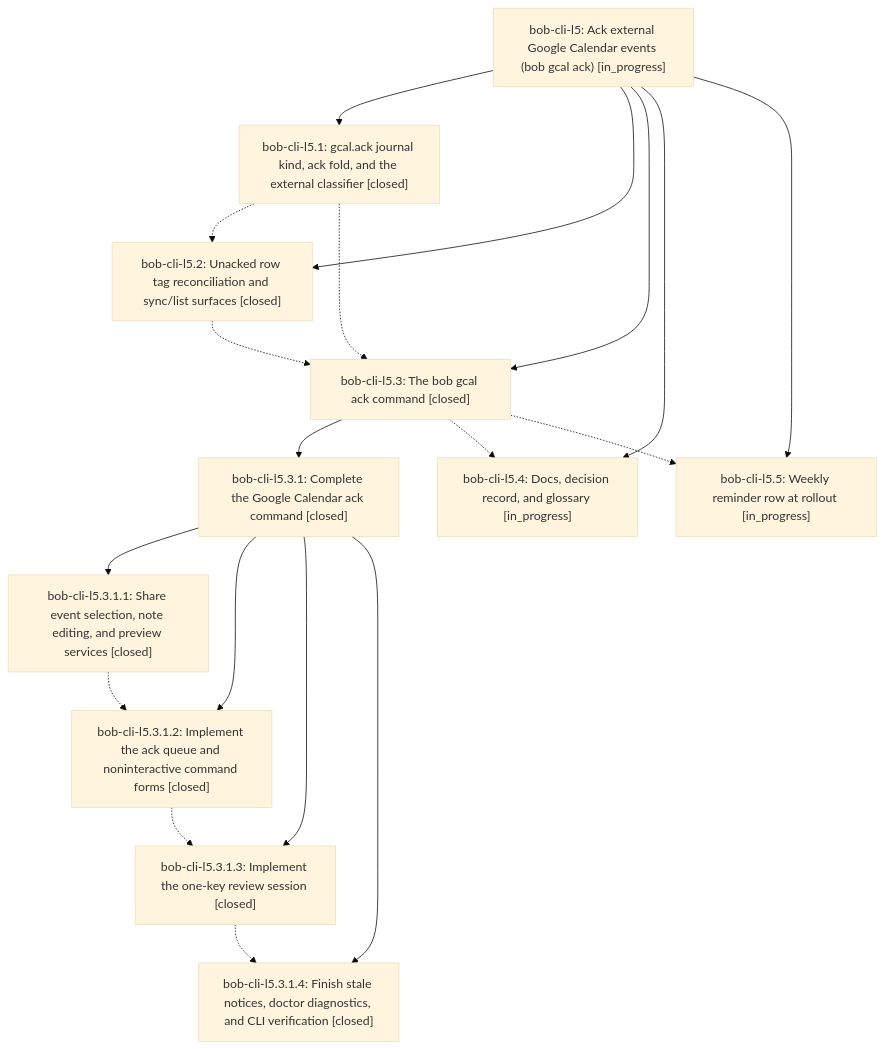
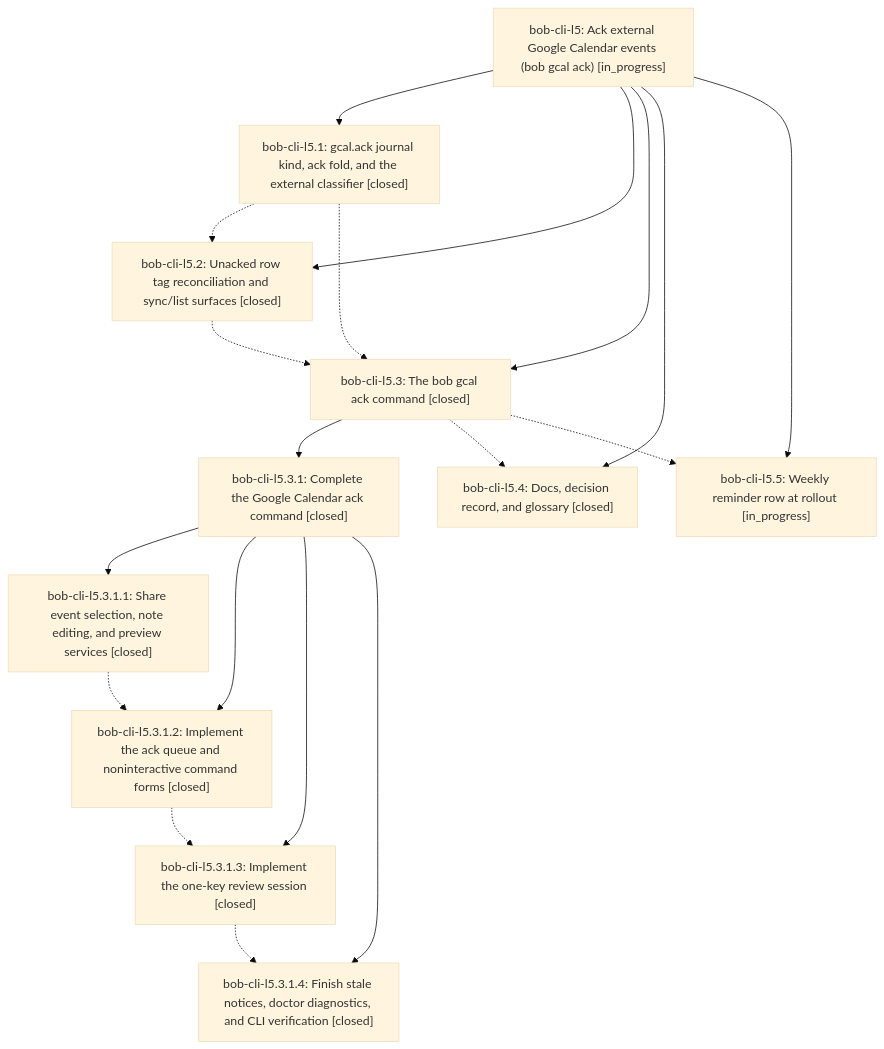
One commit to bobs-org/bob-cli--beads changed the diagram in pages/bob-cli-l5/README.md. Above: the diagram before and after it, drawn with Mermaid (base theme). The commit also changed other lines of this file and 3 other files, not shown here.

First line of the commit message:
chore(beads): sync bead state and pages for bob-cli-l5

````diff
--- a/pages/bob-cli-l5/README.md
+++ b/pages/bob-cli-l5/README.md
@@ -44,32 +44,32 @@
 ```mermaid
 flowchart TD
     n0["bob-cli-l5: Ack external Google Calendar events (bob gcal ack) [in_progress]"]
     n1["bob-cli-l5.1: gcal.ack journal kind, ack fold, and the external classifier [closed]"]
     n2["bob-cli-l5.2: Unacked row tag reconciliation and sync/list surfaces [closed]"]
     n3["bob-cli-l5.3: The bob gcal ack command [closed]"]
     n4["bob-cli-l5.3.1: Complete the Google Calendar ack command [closed]"]
     n5["bob-cli-l5.3.1.1: Share event selection, note editing, and preview services [closed]"]
     n6["bob-cli-l5.3.1.2: Implement the ack queue and noninteractive command forms [closed]"]
     n7["bob-cli-l5.3.1.3: Implement the one-key review session [closed]"]
     n8["bob-cli-l5.3.1.4: Finish stale notices, doctor diagnostics, and CLI verification [closed]"]
-    n9["bob-cli-l5.4: Docs, decision record, and glossary [in_progress]"]
+    n9["bob-cli-l5.4: Docs, decision record, and glossary [closed]"]
     n10["bob-cli-l5.5: Weekly reminder row at rollout [in_progress]"]
     n0 --> n1
     n0 --> n2
     n0 --> n3
     n3 --> n4
     n4 --> n5
     n4 --> n6
     n4 --> n7
     n4 --> n8
     n0 --> n9
     n0 --> n10
     n1 -.-> n2
     n1 -.-> n3
     n2 -.-> n3
     n3 -.-> n9
     n3 -.-> n10
     n5 -.-> n6
     n6 -.-> n7
     n7 -.-> n8
 ```
````
